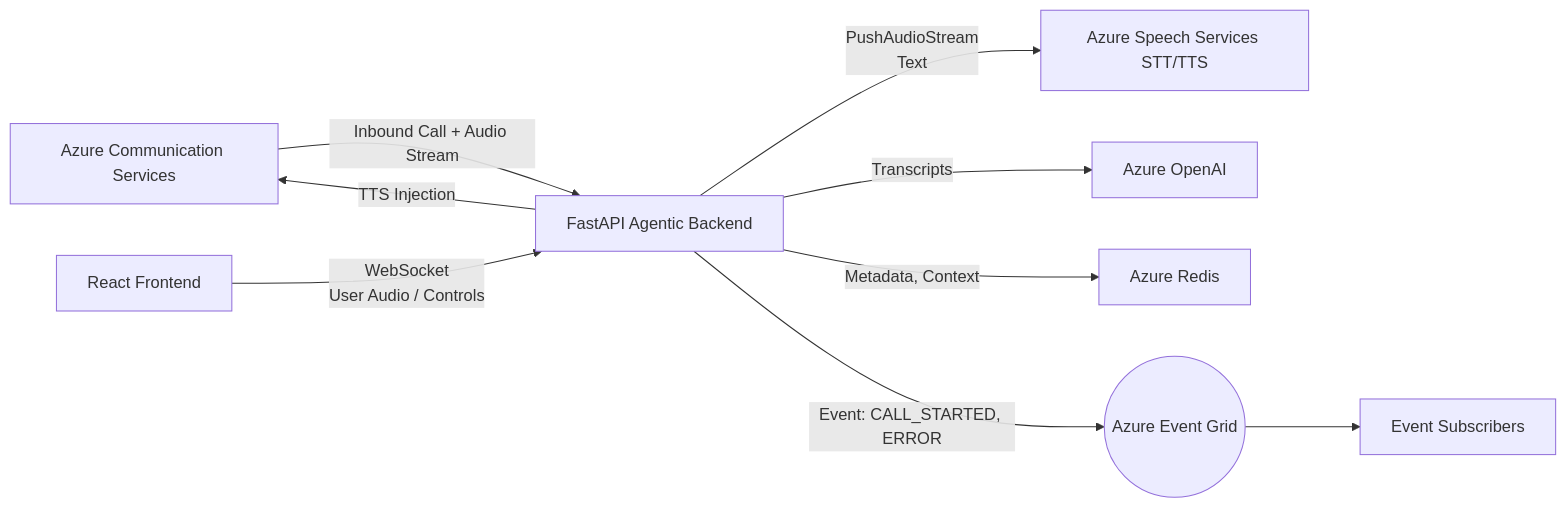
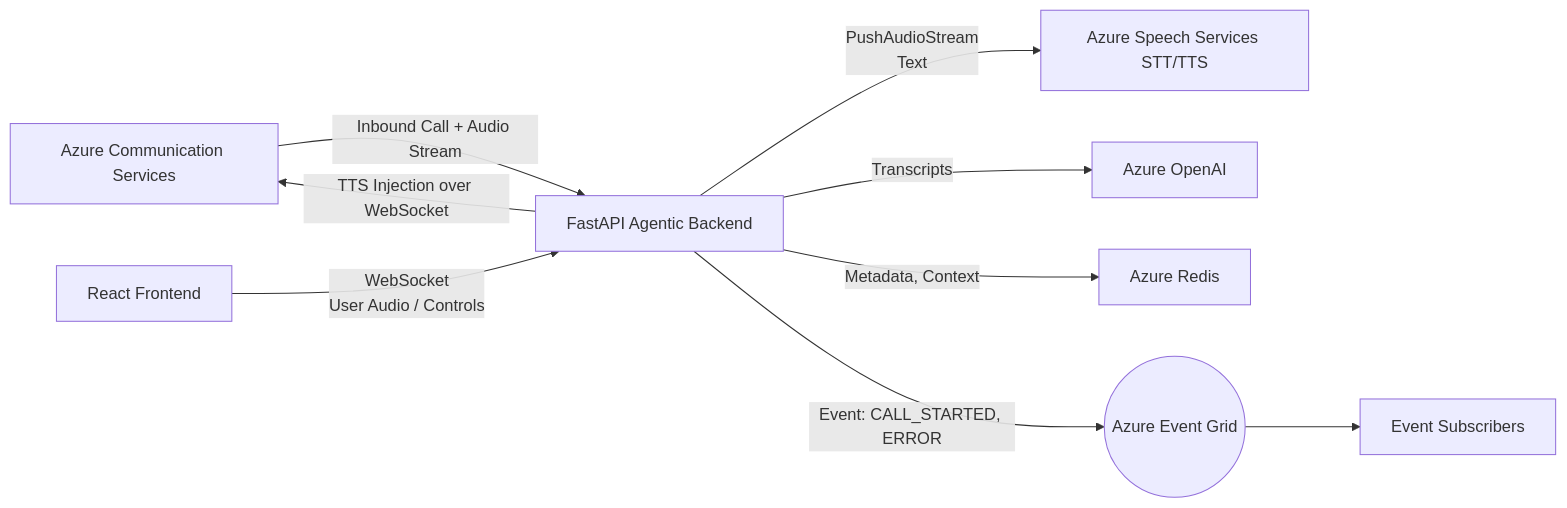
One commit to pablosalvador10/gbb-ai-audio-agent changed the second of 3 diagrams in docs/RTMedAgent-State-and-Event-Flow.md. Above: the diagram before and after it, drawn with Mermaid. The commit also changed other lines of this file and 2 other files, not shown here.

Commit message:
Add load testing strategy and decision guide for microservices architecture

````diff
--- a/docs/RTMedAgent-State-and-Event-Flow.md
+++ b/docs/RTMedAgent-State-and-Event-Flow.md
@@ -82,20 +82,20 @@
 ```mermaid
 graph LR
     ACS[Azure Communication Services]
     FE[React Frontend]
     Backend[FastAPI Agentic Backend]
     Redis[Azure Redis]
     EventGrid((Azure Event Grid))
     Downstream[Event Subscribers]
     AzureOpenAI[Azure OpenAI]
     AzureSpeech[Azure Speech Services STT/TTS]
 
     ACS -->|Inbound Call + Audio Stream| Backend
     FE -->|WebSocket<br>User Audio / Controls| Backend
     Backend -->|PushAudioStream<br>Text| AzureSpeech
-    Backend -->|TTS Injection| ACS
+    Backend -->|TTS Injection over WebSocket| ACS
     Backend -->|Transcripts| AzureOpenAI
     Backend -->|Metadata, Context| Redis
     Backend -->|Event: CALL_STARTED, ERROR| EventGrid
     EventGrid --> Downstream
 ```
````
